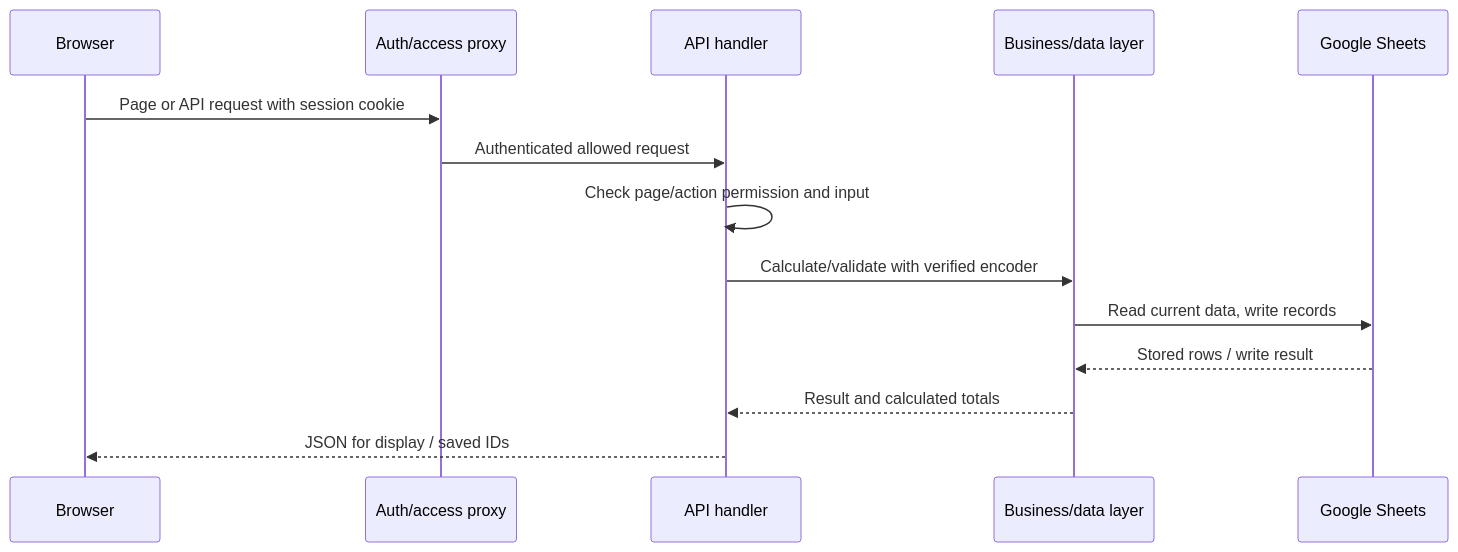
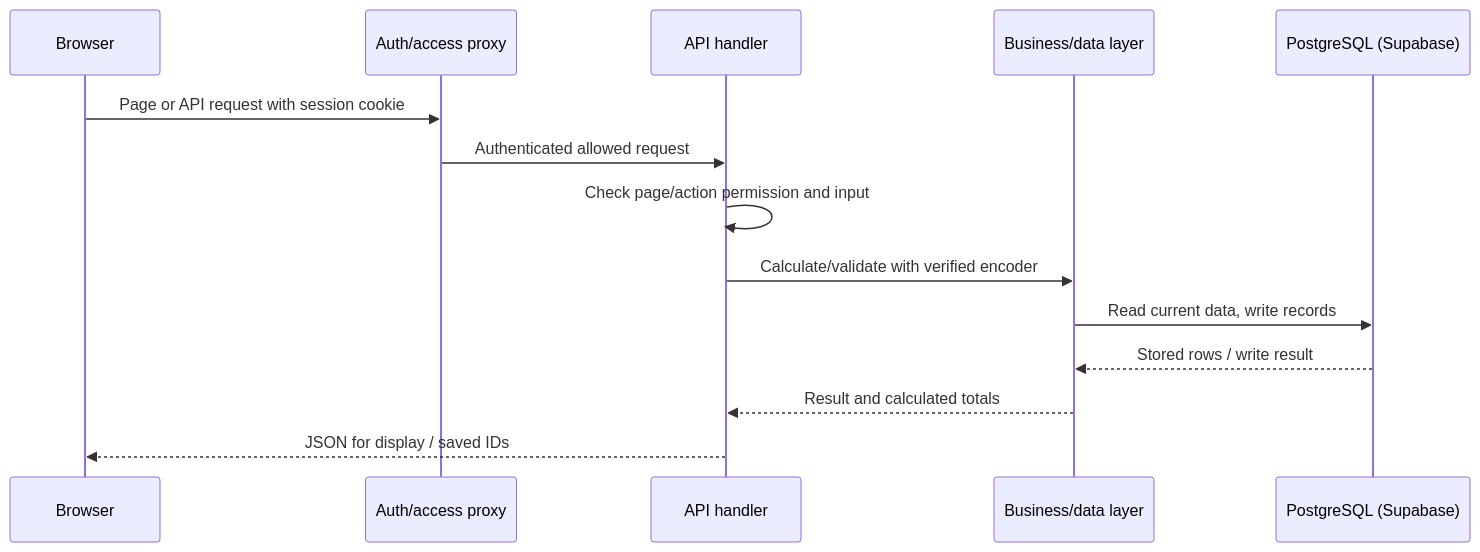
One commit to yrmfernandez/dayong-temporary-system changed the second of 2 diagrams in docs/system-guide.md. Above: the diagram before and after it, drawn with Mermaid. The commit also changed other lines of this file and 34 other files, not shown here.

First line of the commit message:
feat: disconnect Google Sheets; finish old-sheet data; Exceptions list

````diff
--- a/docs/system-guide.md
+++ b/docs/system-guide.md
@@ -728,16 +734,16 @@
 ```mermaid
 sequenceDiagram
   participant Browser
   participant Proxy as Auth/access proxy
   participant API as API handler
   participant Rules as Business/data layer
-  participant Sheets as Google Sheets
+  participant Sheets as PostgreSQL (Supabase)
   Browser->>Proxy: Page or API request with session cookie
   Proxy->>API: Authenticated allowed request
   API->>API: Check page/action permission and input
   API->>Rules: Calculate/validate with verified encoder
   Rules->>Sheets: Read current data, write records
   Sheets-->>Rules: Stored rows / write result
   Rules-->>API: Result and calculated totals
   API-->>Browser: JSON for display / saved IDs
 ```
````
